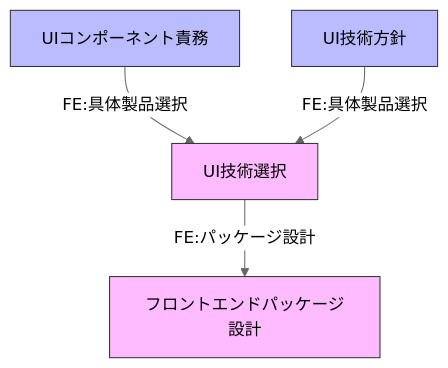
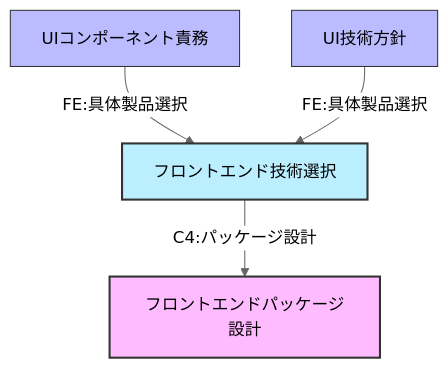
The eighth of 10 diagrams in docs/00-documents/kruchten-4plus1-view-analysis.md (ikemo3/cogitoweave-doc), drawn with Mermaid (neutral theme) before and after one commit. The commit also changed other lines of this file and 195 other files, not shown here.

````diff
--- a/docs/00-documents/kruchten-4plus1-view-analysis.md
+++ b/docs/00-documents/kruchten-4plus1-view-analysis.md
@@ -244,19 +370,21 @@
 ```mermaid
 flowchart TB
 
-    classDef developmentArtifact fill:#fbf,stroke:#333,stroke-width:1px,color:#000;
+    classDef developmentArtifact fill:#bef,stroke:#333,stroke-width:2px,color:#000;
+    classDef contractArtifact fill:#fbf,stroke:#333,stroke-width:2px,color:#000;
     classDef logicalInput fill:#bbf,stroke:#333,stroke-width:1px,color:#000;
 
     %% Inputs from Logical View
     UIComponentInput[UIコンポーネント責務]
     UIApproachInput[UI技術方針]
 
     %% Frontend development flow
-    UIComponentInput -->|"FE:具体製品選択"| UITechSelection[UI技術選択]
+    UIComponentInput -->|"FE:具体製品選択"| UITechSelection[フロントエンド技術選択]
     UIApproachInput -->|"FE:具体製品選択"| UITechSelection
-    UITechSelection -->|"FE:パッケージ設計"| FrontendPackage[フロントエンドパッケージ設計]
+    UITechSelection -->|"C4:パッケージ設計"| FrontendPackage[フロントエンドパッケージ設計]
 
     %% スタイル適用
     class UIComponentInput,UIApproachInput logicalInput;
-    class UITechSelection,FrontendPackage developmentArtifact;
+    class UITechSelection developmentArtifact;
+    class FrontendPackage contractArtifact;
 ```
````
